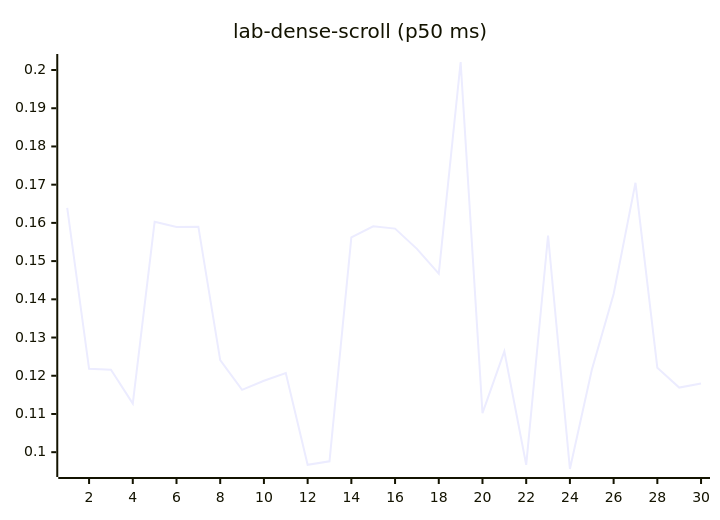
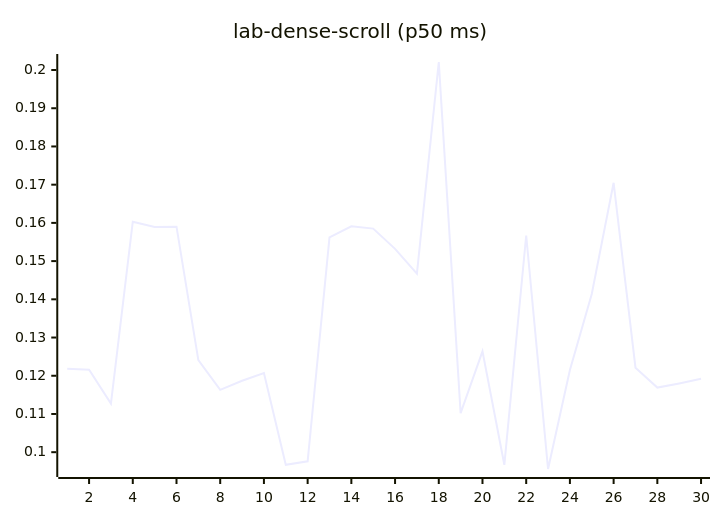
Diagram 12 of 27 in README.md (josha/Facet), drawn with Mermaid before and after one commit. The commit also changed other lines of this file and 2 other files, not shown here.

````diff
--- a/README.md
+++ b/README.md
@@ -140,6 +140,6 @@
 ```mermaid
 xychart-beta
     title "lab-dense-scroll (p50 ms)"
     x-axis 1 --> 30
-    line [0.1639, 0.1218, 0.1216, 0.1127, 0.1603, 0.1589, 0.1590, 0.1241, 0.1163, 0.1187, 0.1207, 0.0967, 0.0976, 0.1562, 0.1591, 0.1585, 0.1532, 0.1467, 0.2021, 0.1102, 0.1264, 0.0967, 0.1567, 0.0956, 0.1215, 0.1414, 0.1705, 0.1221, 0.1169, 0.1180]
+    line [0.1218, 0.1216, 0.1127, 0.1603, 0.1589, 0.1590, 0.1241, 0.1163, 0.1187, 0.1207, 0.0967, 0.0976, 0.1562, 0.1591, 0.1585, 0.1532, 0.1467, 0.2021, 0.1102, 0.1264, 0.0967, 0.1567, 0.0956, 0.1215, 0.1414, 0.1705, 0.1221, 0.1169, 0.1180, 0.1192]
 ```
````
